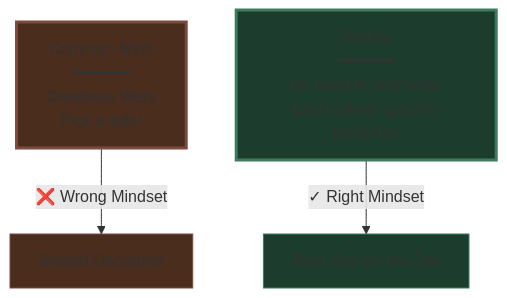
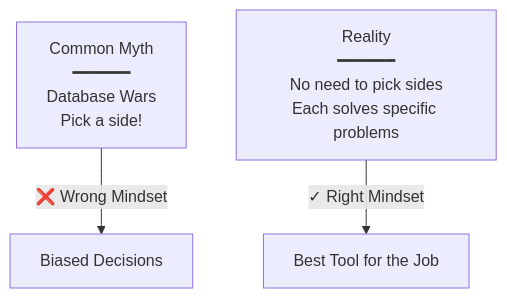
One commit to Yash-Kavaiya/The-System-Design-Masterclass changed the first of 21 diagrams in system design beginner/10. Picking the right database.md. Above: the diagram before and after it, drawn with Mermaid. The commit also changed other lines of this file, not shown here.

````diff
--- a/system design beginner/10. Picking the right database.md
+++ b/system design beginner/10. Picking the right database.md
@@ -7,14 +7,10 @@
 ```mermaid
 graph TB
     MYTH[Common Myth<br/>━━━━━━<br/>Database Wars<br/>Pick a side!]
     
     REALITY[Reality<br/>━━━━━━<br/>No need to pick sides<br/>Each solves specific problems]
     
     MYTH -->|❌ Wrong Mindset| X[Biased Decisions]
     REALITY -->|✓ Right Mindset| GOOD[Best Tool for the Job]
     
-    style MYTH fill:#4a2d1c,stroke:#7c4a3c,stroke-width:3px
-    style REALITY fill:#1c3d2d,stroke:#3c7c5c,stroke-width:3px
-    style X fill:#4a2d1c,stroke:#7c4a3c
-    style GOOD fill:#1c3d2d,stroke:#3c7c5c
 ```
````
